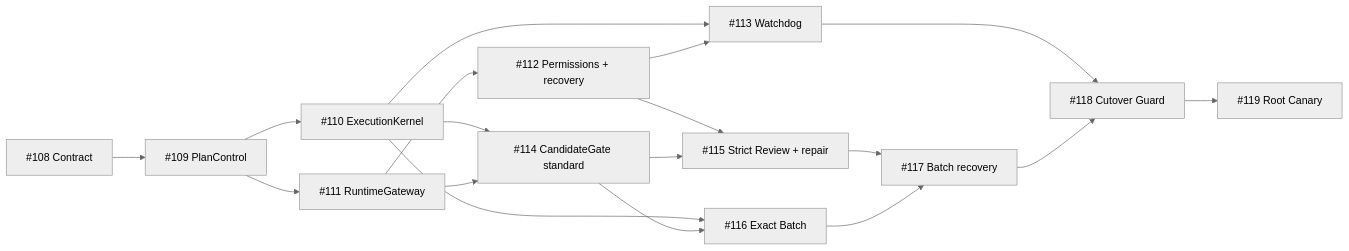
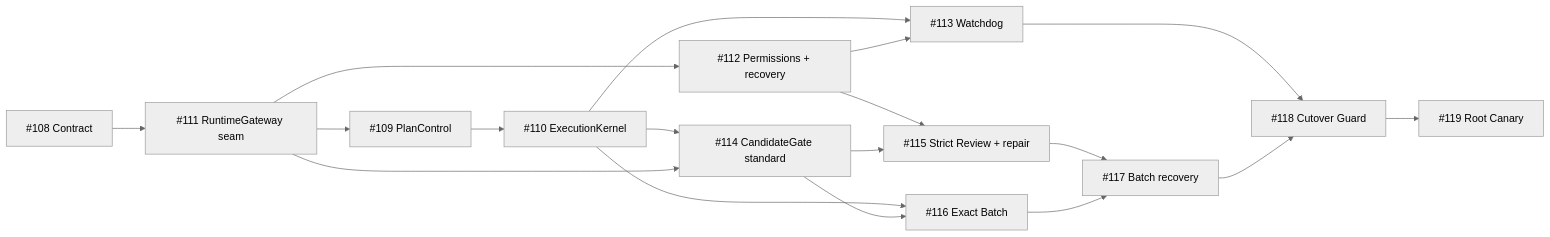
Before and after one commit to NOirBRight/github-work-orchestrator: the diagram in docs/design/gwo-v8-lean-roadmap.md, drawn with Mermaid (neutral theme). The commit also changed other lines of this file and 17 other files, not shown here.

First line of the commit message:
V8 Lean: Materialize semantic roles through one RuntimeGateway (#128)

````diff
--- a/docs/design/gwo-v8-lean-roadmap.md
+++ b/docs/design/gwo-v8-lean-roadmap.md
@@ -62,20 +62,20 @@
 ```mermaid
 flowchart LR
-    T108["#108 Contract"] --> T109["#109 PlanControl"]
+    T108["#108 Contract"] --> T111["#111 RuntimeGateway seam"]
+    T111 --> T109["#109 PlanControl"]
     T109 --> T110["#110 ExecutionKernel"]
-    T109 --> T111["#111 RuntimeGateway"]
     T111 --> T112["#112 Permissions + recovery"]
     T110 --> T113["#113 Watchdog"]
     T112 --> T113
     T110 --> T114["#114 CandidateGate standard"]
     T111 --> T114
     T112 --> T115["#115 Strict Review + repair"]
     T114 --> T115
     T110 --> T116["#116 Exact Batch"]
     T114 --> T116
     T115 --> T117["#117 Batch recovery"]
     T116 --> T117
     T113 --> T118["#118 Cutover Guard"]
     T117 --> T118
     T118 --> T119["#119 Root Canary"]
 ```
````
